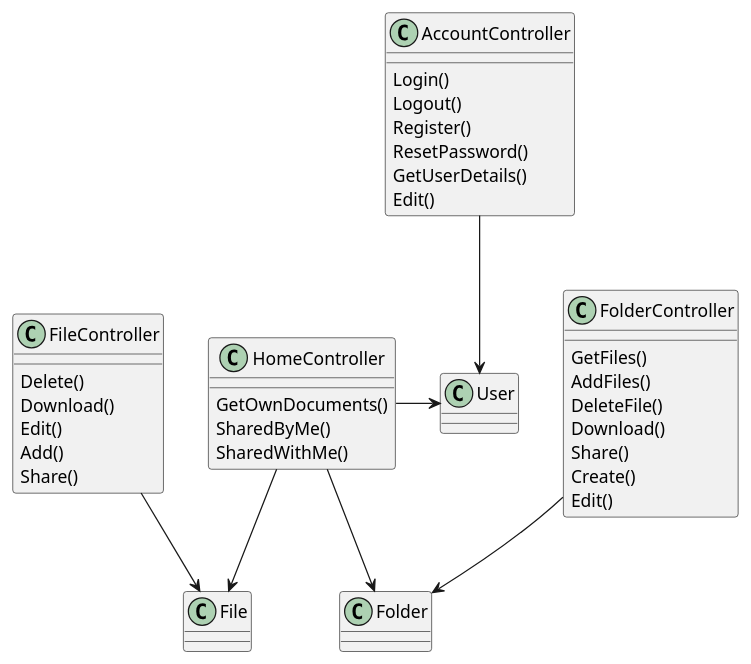
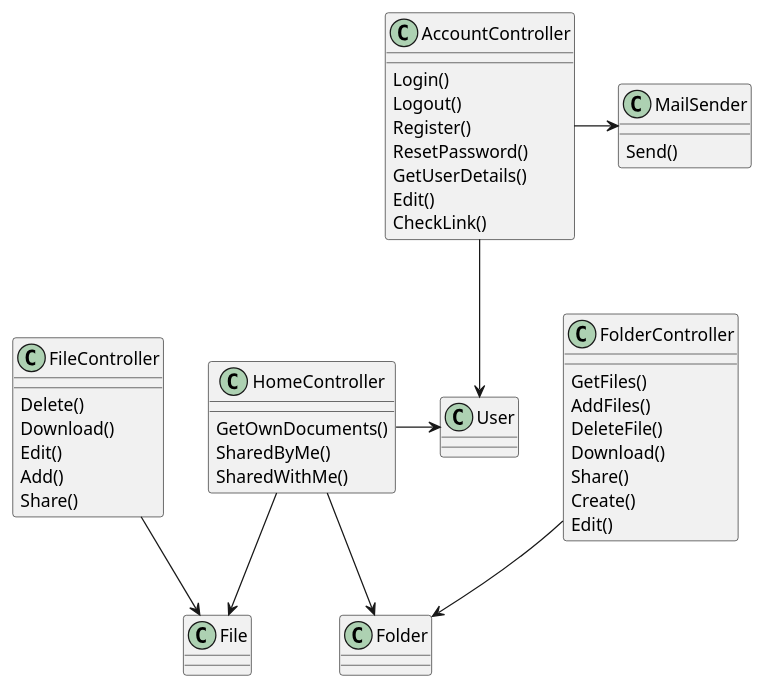
The diagram in class.controllers.puml (adrianvlupu/proiect-metode-devoltare-software), drawn with PlantUML before and after one commit. The commit also changed 6 other files, not shown here.

```diff
--- a/class.controllers.puml
+++ b/class.controllers.puml
@@ -1,47 +1,54 @@
 @startuml
 
 class AccountController{
     Login()
     Logout()
     Register()
     ResetPassword()
     GetUserDetails()
     Edit()
+    CheckLink()
 }
 class User
 
 AccountController --> User
 
 class HomeController{
     GetOwnDocuments()
     SharedByMe()
     SharedWithMe()
 }
 class File
 class Folder
 
 HomeController --> Folder
 HomeController --> File
 HomeController -> User
 
 class FolderController{
     GetFiles()
     AddFiles()
     DeleteFile()
     Download()
     Share()
     Create()
     Edit()
 }
 FolderController --> Folder
 
 class FileController{
     Delete()
     Download()
     Edit()
     Add()
     Share()
 }
 FileController --> File
 
+class MailSender{
+    Send()
+}
+
+AccountController -> MailSender
+
 @enduml
```
